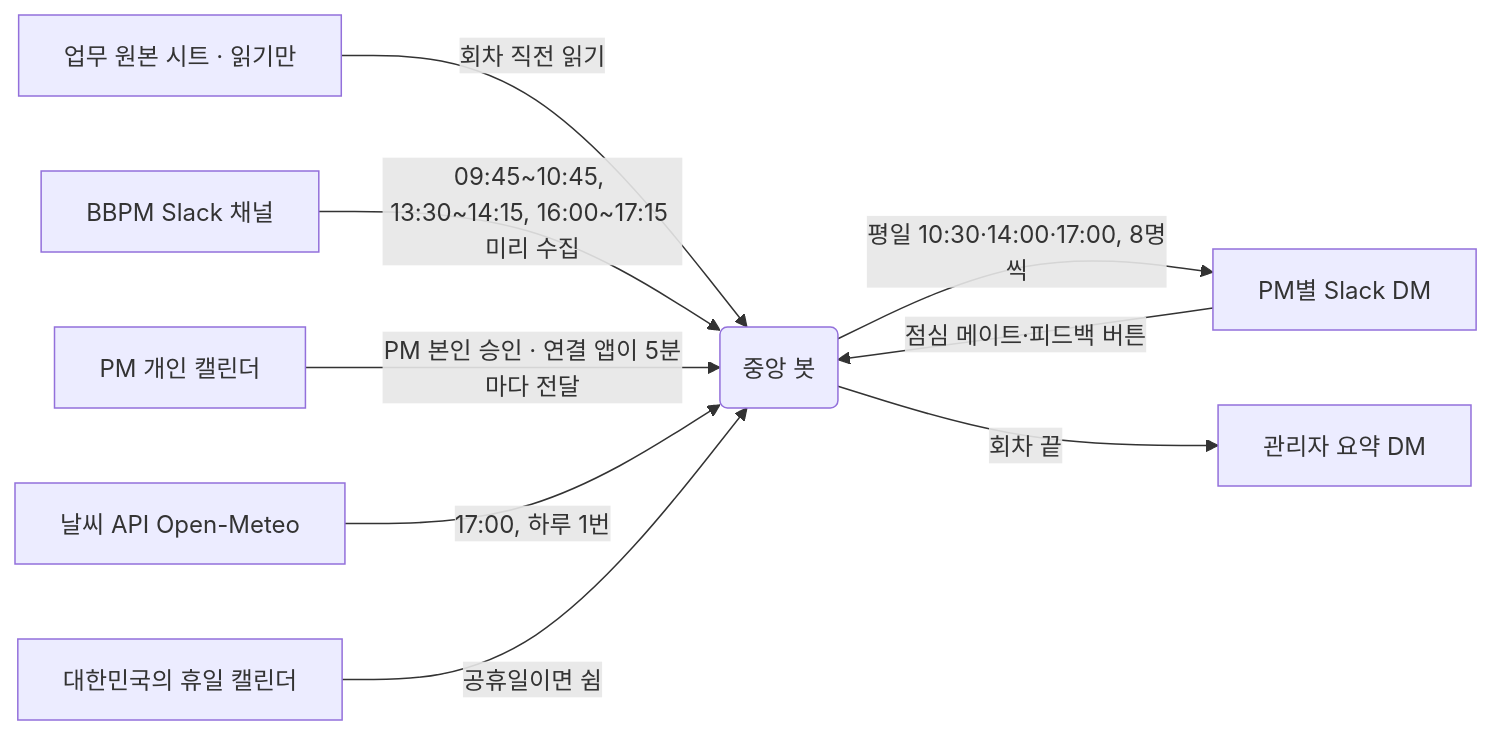
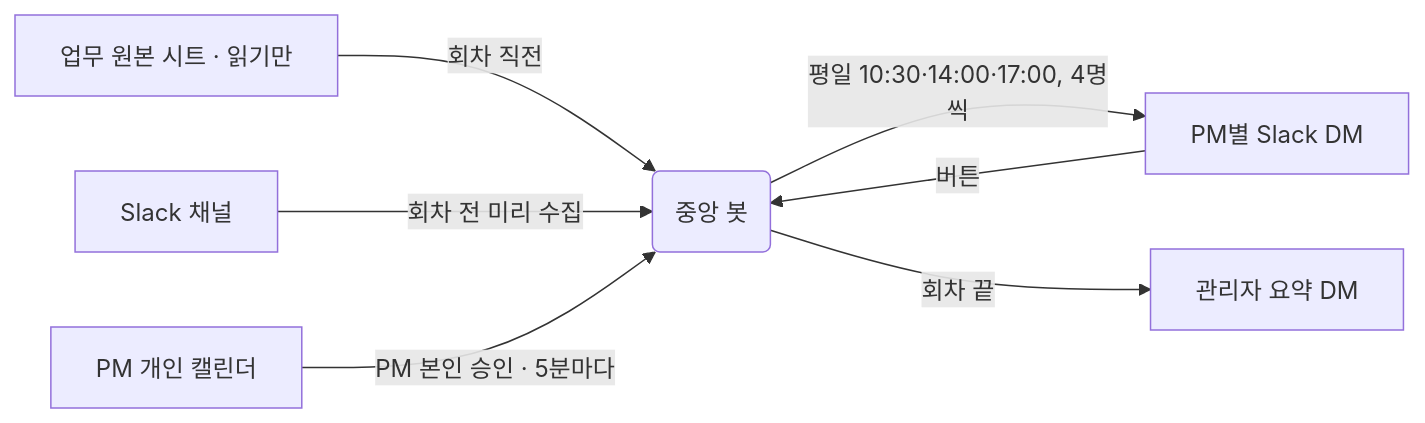
Before and after one commit to brotherweek2/slack-pm-briefing-assistant: the diagram in README.md, drawn with Mermaid. The commit also changed other lines of this file and 3 other files, not shown here.

````diff
--- a/README.md
+++ b/README.md
@@ -64,11 +75,9 @@
 ```mermaid
 flowchart LR
-  A[업무 원본 시트 · 읽기만] -->|회차 직전 읽기| C(중앙 봇)
-  B[BBPM Slack 채널] -->|09:45~10:45, 13:30~14:15, 16:00~17:15 미리 수집| C
-  D[PM 개인 캘린더] -->|PM 본인 승인 · 연결 앱이 5분마다 전달| C
-  C -->|평일 10:30·14:00·17:00, 8명씩| E[PM별 Slack DM]
+  A[업무 원본 시트 · 읽기만] -->|회차 직전| C(중앙 봇)
+  B[Slack 채널] -->|회차 전 미리 수집| C
+  D[PM 개인 캘린더] -->|PM 본인 승인 · 5분마다| C
+  C -->|평일 10:30·14:00·17:00, 4명씩| E[PM별 Slack DM]
   C -->|회차 끝| F[관리자 요약 DM]
-  E -->|점심 메이트·피드백 버튼| C
-  G[날씨 API Open-Meteo] -->|17:00, 하루 1번| C
-  H[대한민국의 휴일 캘린더] -->|공휴일이면 쉼| C
+  E -->|버튼| C
 ```
````
